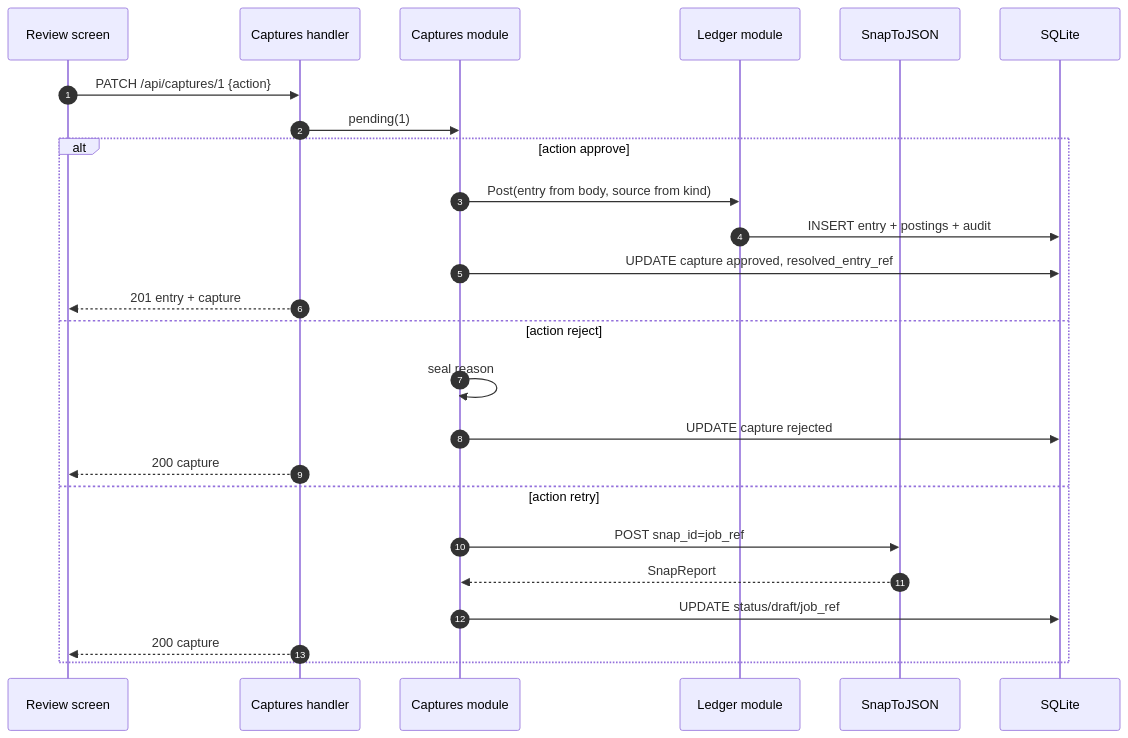
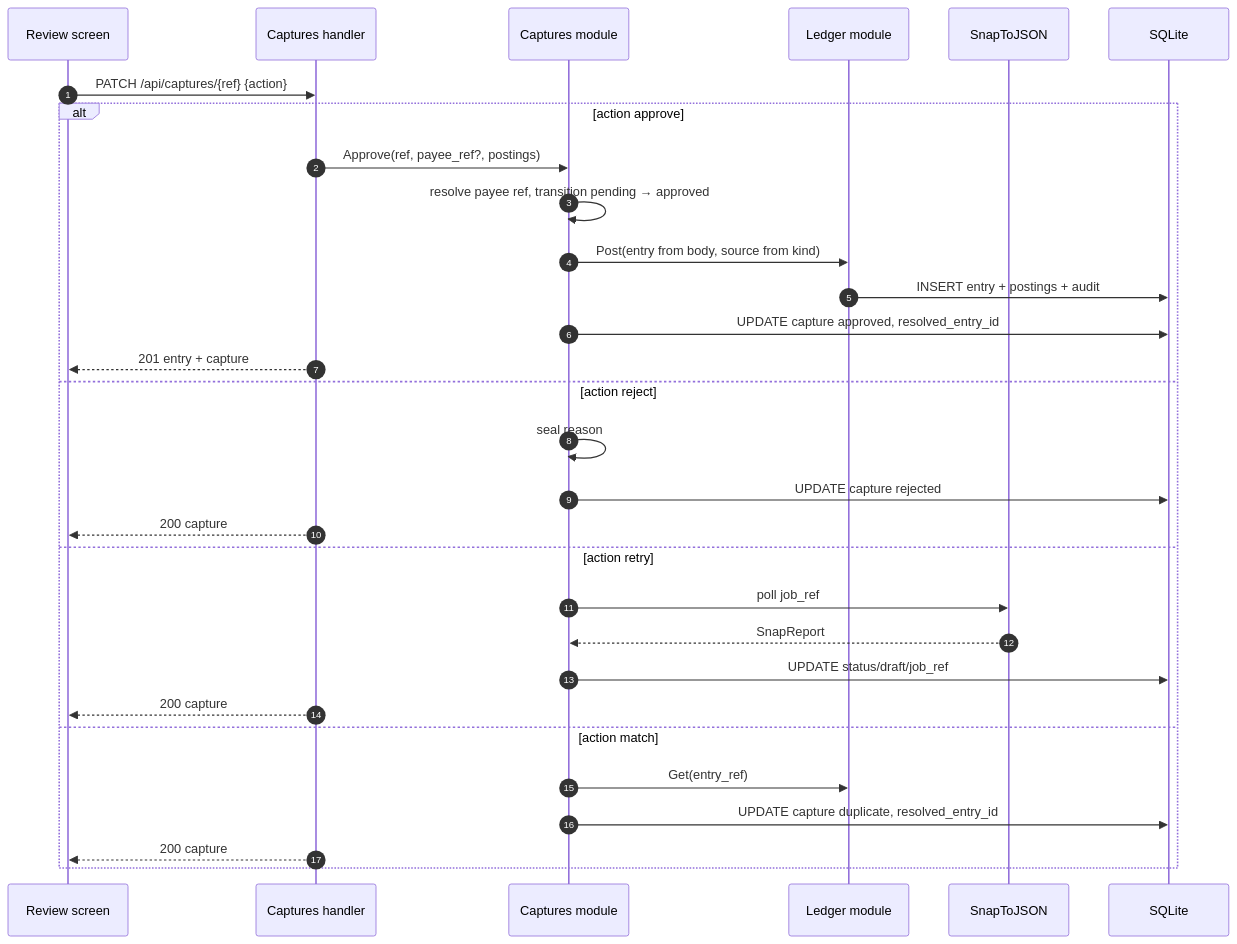
Before and after one commit to dimasbaguspm/spenicle: the diagram in docs/endpoints/PATCH_api_captures_ref.md, drawn with Mermaid. The commit also changed other lines of this file and 3 other files, not shown here.

Commit message:
docs: describe the ref-based capture actions and entry corrections

````diff
--- a/docs/endpoints/PATCH_api_captures_ref.md
+++ b/docs/endpoints/PATCH_api_captures_ref.md
@@ -60,27 +72,32 @@
 ```mermaid
 sequenceDiagram
     autonumber
     participant UI as Review screen
     participant H as Captures handler
     participant Q as Captures module
     participant L as Ledger module
     participant V as SnapToJSON
     participant DB as SQLite
-    UI->>H: PATCH /api/captures/1 {action}
-    H->>Q: pending(1)
+    UI->>H: PATCH /api/captures/{ref} {action}
     alt action approve
+        H->>Q: Approve(ref, payee_ref?, postings)
+        Q->>Q: resolve payee ref, transition pending → approved
         Q->>L: Post(entry from body, source from kind)
         L->>DB: INSERT entry + postings + audit
-        Q->>DB: UPDATE capture approved, resolved_entry_ref
+        Q->>DB: UPDATE capture approved, resolved_entry_id
         H-->>UI: 201 entry + capture
     else action reject
         Q->>Q: seal reason
         Q->>DB: UPDATE capture rejected
         H-->>UI: 200 capture
     else action retry
-        Q->>V: POST snap_id=job_ref
+        Q->>V: poll job_ref
         V-->>Q: SnapReport
         Q->>DB: UPDATE status/draft/job_ref
         H-->>UI: 200 capture
+    else action match
+        Q->>L: Get(entry_ref)
+        Q->>DB: UPDATE capture duplicate, resolved_entry_id
+        H-->>UI: 200 capture
     end
 ```
````
